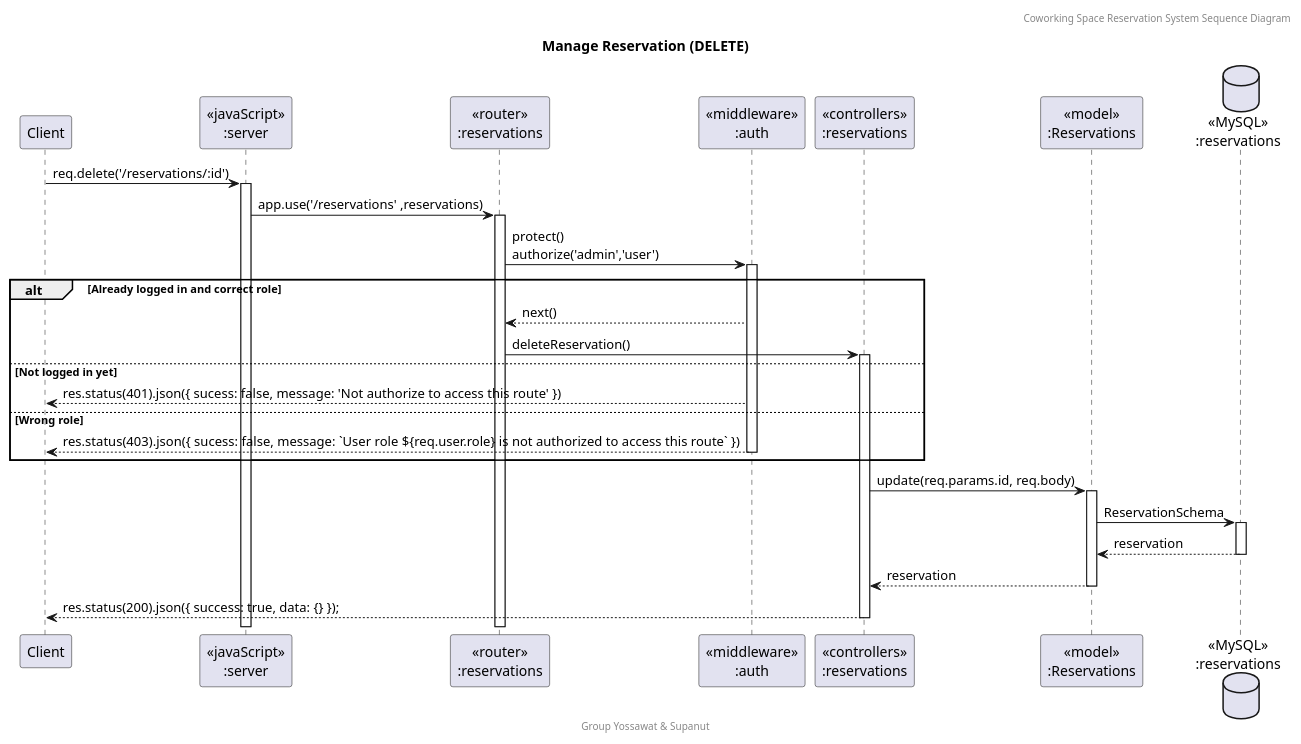
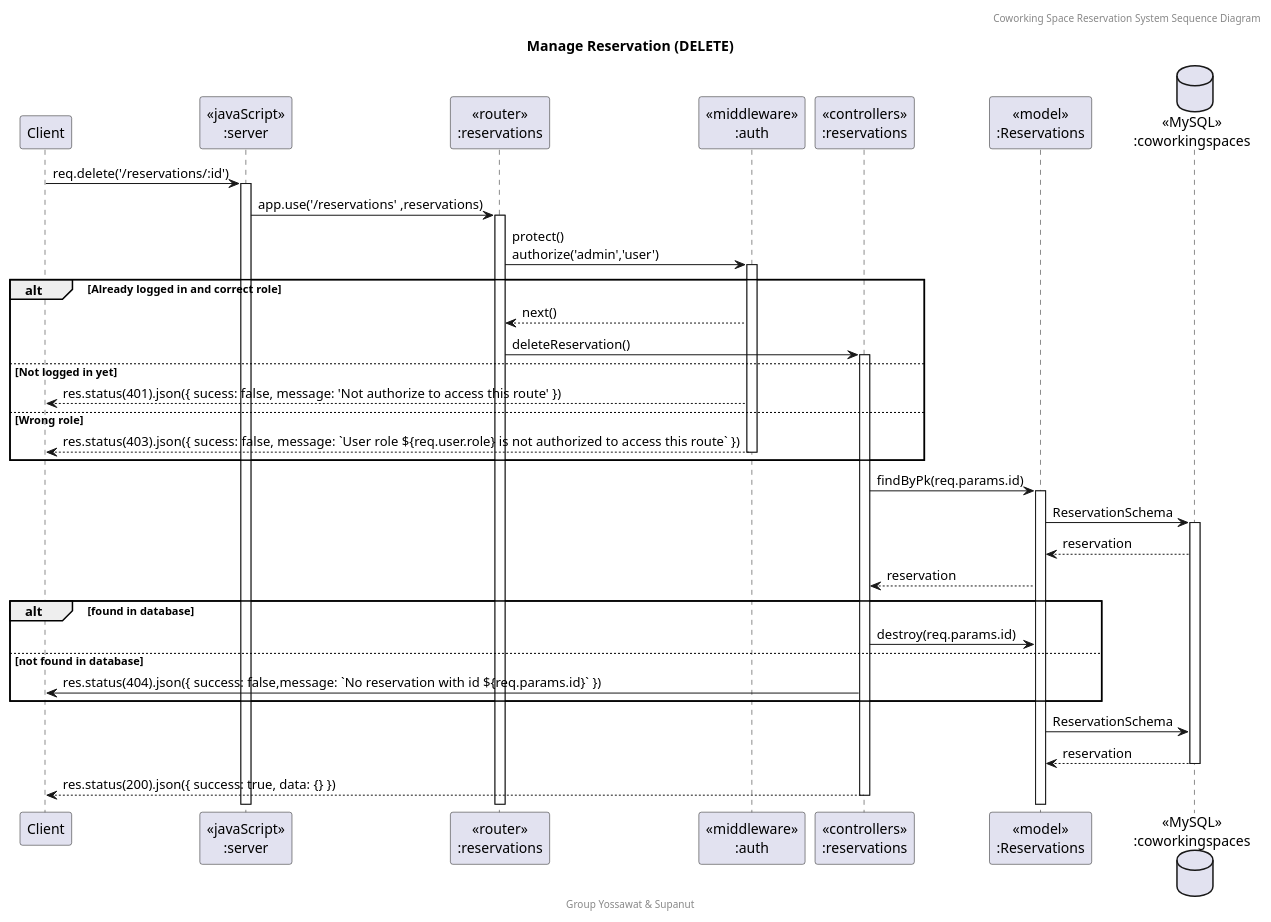
Before and after one commit to SupanutT/sw-dev-prac-project: the diagram in doc/Sequence Diagram/puml/Re_Delete.puml, drawn with PlantUML. The commit also changed 29 other files, not shown here.

Commit message:
feat: add png for every diagram

```diff
--- a/doc/Sequence Diagram/puml/Re_Delete.puml
+++ b/doc/Sequence Diagram/puml/Re_Delete.puml
@@ -1,32 +1,39 @@
 @startuml Manage Reservation (DELETE)
 
 header Coworking Space Reservation System Sequence Diagram
 footer Group Yossawat & Supanut
 title "Manage Reservation (DELETE)"
 
 participant "Client" as client
 participant "<<javaScript>>\n:server" as server
 participant "<<router>>\n:reservations" as routerReservations
 participant "<<middleware>>\n:auth" as middleware
 participant "<<controllers>>\n:reservations" as controllersReservations
 participant "<<model>>\n:Reservations" as modelReservation
-database "<<MySQL>>\n:reservations" as ReservationsDatabase
+database "<<MySQL>>\n:coworkingspaces" as CoworkingSpacesDatabase
 
 client -> server ++:req.delete('/reservations/:id')
 server -> routerReservations ++:app.use('/reservations' ,reservations)
 routerReservations -> middleware ++:protect()\nauthorize('admin','user')
 alt Already logged in and correct role
     middleware --> routerReservations : next()
     routerReservations -> controllersReservations ++: deleteReservation()
 else Not logged in yet
     middleware --> client : res.status(401).json({ sucess: false, message: 'Not authorize to access this route' })
 else Wrong role
     middleware --> client --: res.status(403).json({ sucess: false, message: `User role ${req.user.role} is not authorized to access this route` })
 end
-controllersReservations -> modelReservation ++: update(req.params.id, req.body)
-modelReservation -> ReservationsDatabase ++: ReservationSchema
-ReservationsDatabase --> modelReservation --: reservation
-controllersReservations <-- modelReservation --: reservation
-controllersReservations --> client --: res.status(200).json({ success: true, data: {} });
+controllersReservations -> modelReservation ++: findByPk(req.params.id)
+modelReservation -> CoworkingSpacesDatabase ++: ReservationSchema
+CoworkingSpacesDatabase --> modelReservation : reservation
+controllersReservations <-- modelReservation : reservation
+alt found in database
+    controllersReservations -> modelReservation : destroy(req.params.id)
+else not found in database
+    controllersReservations -> client : res.status(404).json({ success: false,message: `No reservation with id ${req.params.id}` })
+end
+modelReservation -> CoworkingSpacesDatabase : ReservationSchema
+CoworkingSpacesDatabase --> modelReservation --: reservation
+controllersReservations --> client --: res.status(200).json({ success: true, data: {} })
 
 @enduml
```
